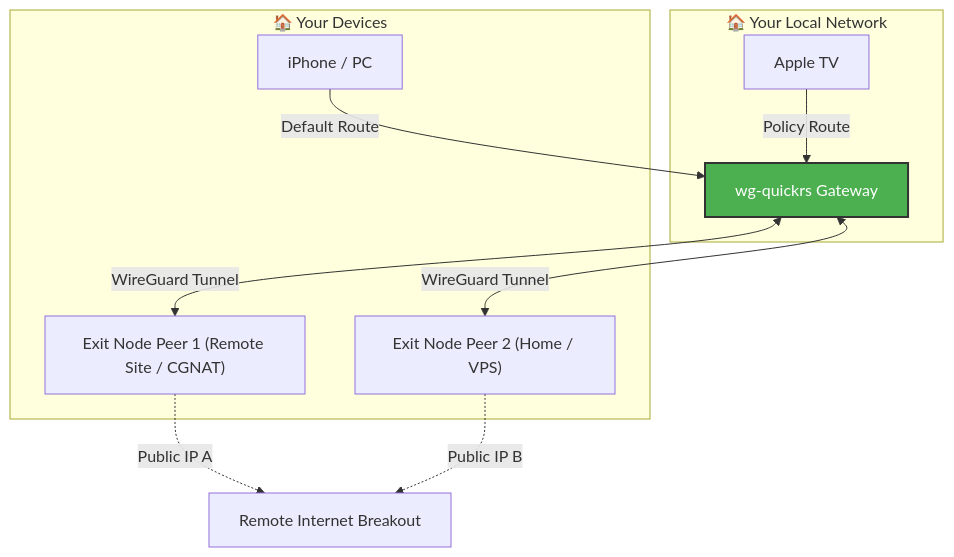
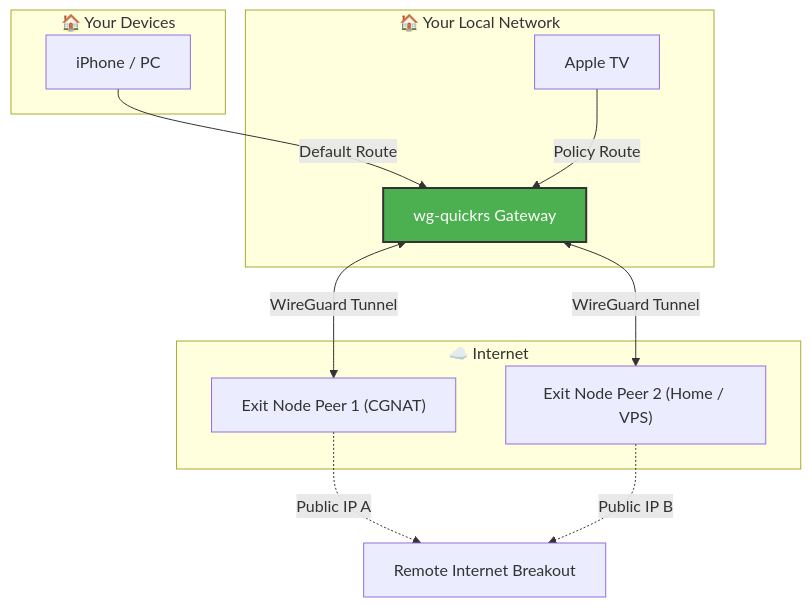
Before and after one commit to grizzy255/wg-quickrs-router: the diagram in README.md, drawn with Mermaid.

Commit message:
fix: Remove HTML tags from mermaid diagram for GitHub compatibility

````diff
--- a/README.md
+++ b/README.md
@@ -33,28 +33,28 @@
 ```mermaid
 flowchart TD
     subgraph LAN ["🏠 Your Local Network"]
         ATV["Apple TV"]
         Gateway["wg-quickrs Gateway"]
     end
 
-    subgraph Internet ["🏠 Your Devices"]
+    subgraph Local Internet ["🏠 Your Devices"]
         iPhone["iPhone / PC"]
         Gateway["wg-quickrs Gateway"]
     end
 
     subgraph Internet ["☁️ Internet"]
-        Remote1["Exit Node Peer 1 (Remote Site / CGNAT)"]
+        Remote1["Exit Node Peer 1 (CGNAT)"]
         Remote2["Exit Node Peer 2 (Home / VPS)"]
     end
 
     iPhone -->|Default Route| Gateway
     ATV -->|Policy Route| Gateway
     
     Gateway <-->|WireGuard Tunnel| Remote1
     Gateway <-->|WireGuard Tunnel| Remote2
     
     Remote1 -.->|Public IP A| World["Remote Internet Breakout"]
     Remote2 -.->|Public IP B| World
 
     style Gateway fill:#4CAF50,stroke:#333,stroke-width:2px,color:#fff
 ```
````
